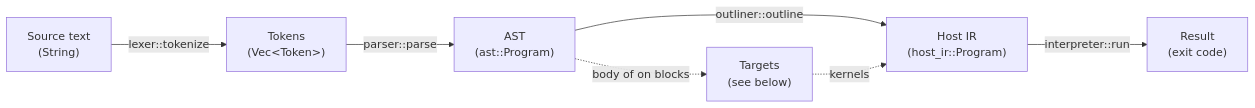
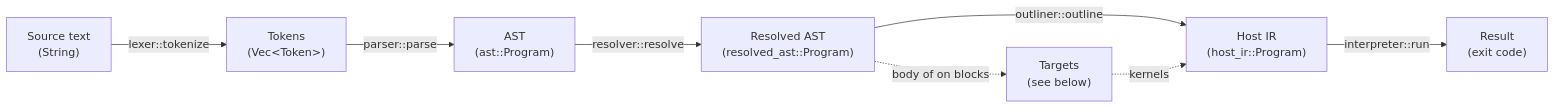
One commit to damienBloch/qlc changed the first of 3 diagrams in docs/architecture.md. Above: the diagram before and after it, drawn with Mermaid. The commit also changed other lines of this file and 8 other files, not shown here.

````diff
--- a/docs/architecture.md
+++ b/docs/architecture.md
@@ -12,15 +12,17 @@
 ```mermaid
 flowchart LR
     source["Source text<br/>(String)"]
     tokens["Tokens<br/>(Vec&lt;Token&gt;)"]
     ast["AST<br/>(ast::Program)"]
+    rast["Resolved AST<br/>(resolved_ast::Program)"]
     hir["Host IR<br/>(host_ir::Program)"]
     result["Result<br/>(exit code)"]
 
     source -- "lexer::tokenize" --> tokens
     tokens -- "parser::parse" --> ast
-    ast -- "outliner::outline" --> hir
+    ast -- "resolver::resolve" --> rast
+    rast -- "outliner::outline" --> hir
     hir -- "interpreter::run" --> result
-    ast -. "body of on blocks" .-> targets["Targets<br/>(see below)"]
+    rast -. "body of on blocks" .-> targets["Targets<br/>(see below)"]
     targets -. "kernels" .-> hir
 ```
````
